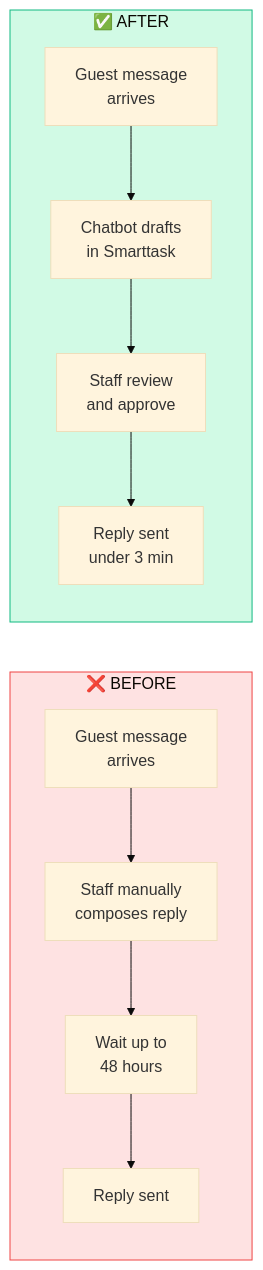
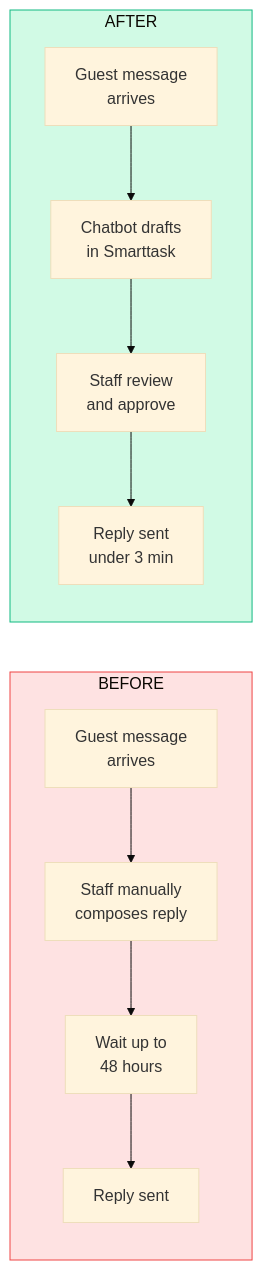
The first of 2 diagrams in context/copy/ai.md (belonsavon-sys/portfolio), drawn with Mermaid (base theme) before and after one commit. The commit also changed other lines of this file and 4 other files, not shown here.

First line of the commit message:
fix: repair all 11 mermaid diagrams for GitHub rendering

````diff
--- a/context/copy/ai.md
+++ b/context/copy/ai.md
@@ -48,23 +48,23 @@
 ```mermaid
 flowchart LR
-    subgraph Before["❌ BEFORE"]
-        GM1[Guest message<br/>arrives]
-        Staff1[Staff manually<br/>composes reply]
-        Wait[Wait up to<br/>48 hours]
-        Send1[Reply sent]
+    subgraph Before["BEFORE"]
+        GM1["Guest message<br/>arrives"]
+        Staff1["Staff manually<br/>composes reply"]
+        Wait["Wait up to<br/>48 hours"]
+        Send1["Reply sent"]
 
         GM1 --> Staff1 --> Wait --> Send1
     end
 
-    subgraph After["✅ AFTER"]
-        GM2[Guest message<br/>arrives]
-        Bot[Chatbot drafts<br/>in Smarttask]
-        Review[Staff review<br/>and approve]
-        Send2[Reply sent<br/>under 3 min]
+    subgraph After["AFTER"]
+        GM2["Guest message<br/>arrives"]
+        Bot["Chatbot drafts<br/>in Smarttask"]
+        Review["Staff review<br/>and approve"]
+        Send2["Reply sent<br/>under 3 min"]
 
         GM2 --> Bot --> Review --> Send2
     end
 
     style Before fill:#fee2e2,stroke:#ef4444
     style After fill:#d1fae5,stroke:#10b981
 ```
````
